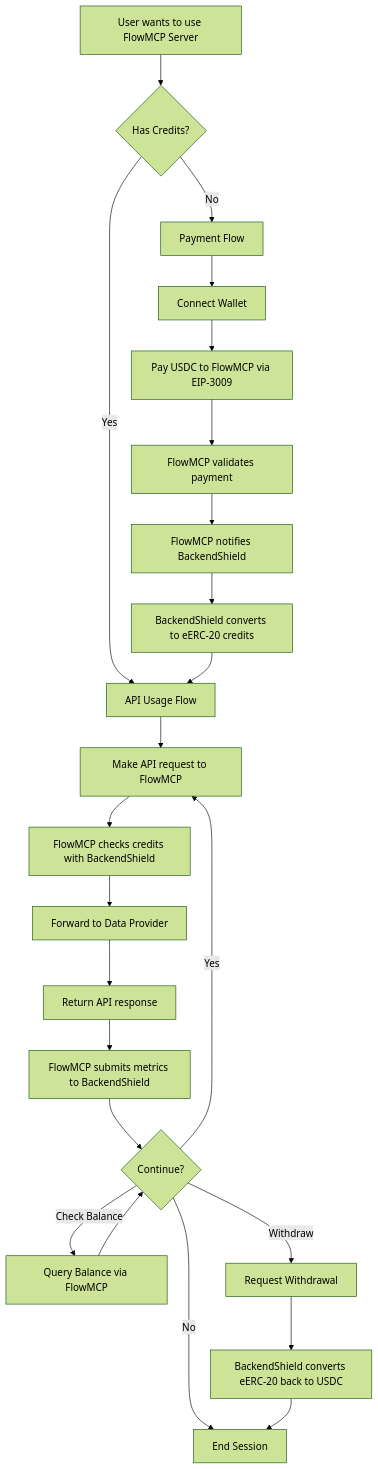
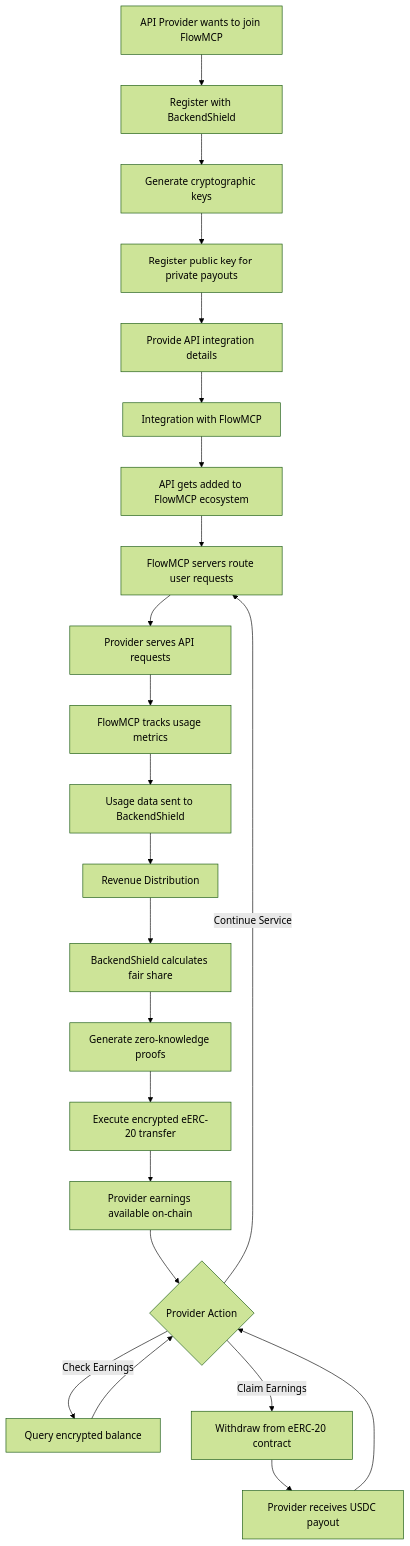
The first of 2 diagrams in about/USER_FLOW.md (a6b8/backendshield), drawn with Mermaid (forest theme) before and after one commit. The commit also changed other lines of this file and 38 other files, not shown here.

````diff
--- a/about/USER_FLOW.md
+++ b/about/USER_FLOW.md
@@ -9,30 +9,30 @@
 ```mermaid
 graph TD
-    A[User wants to use FlowMCP Server] --> B{Has Credits?}
+    A[API Provider wants to join FlowMCP] --> B[Register with BackendShield]
     
-    B -->|No| C[Payment Flow]
-    B -->|Yes| D[API Usage Flow]
+    B --> B1[Generate cryptographic keys]
+    B1 --> B2[Register public key for private payouts]
+    B2 --> B3[Provide API integration details]
+    B3 --> C[Integration with FlowMCP]
     
-    C --> C1[Connect Wallet]
-    C1 --> C2[Pay USDC to FlowMCP via EIP-3009]
-    C2 --> C3[FlowMCP validates payment]
-    C3 --> C4[FlowMCP notifies BackendShield]
-    C4 --> C5[BackendShield converts to eERC-20 credits]
-    C5 --> D
+    C --> C1[API gets added to FlowMCP ecosystem]
+    C1 --> C2[FlowMCP servers route user requests]
+    C2 --> C3[Provider serves API requests]
+    C3 --> C4[FlowMCP tracks usage metrics]
+    C4 --> C5[Usage data sent to BackendShield]
     
-    D --> D1[Make API request to FlowMCP]
-    D1 --> D2[FlowMCP checks credits with BackendShield]
-    D2 --> D3[Forward to Data Provider]
-    D3 --> D4[Return API response]
-    D4 --> D5[FlowMCP submits metrics to BackendShield]
-    D5 --> D6{Continue?}
+    C5 --> D[Revenue Distribution]
+    D --> D1[BackendShield calculates fair share]
+    D1 --> D2[Generate zero-knowledge proofs]
+    D2 --> D3[Execute encrypted eERC-20 transfer]
+    D3 --> D4[Provider earnings available on-chain]
     
-    D6 -->|Yes| D1
-    D6 -->|Check Balance| F[Query Balance via FlowMCP]
-    D6 -->|Withdraw| G[Request Withdrawal]
-    D6 -->|No| H[End Session]
+    D4 --> E{Provider Action}
+    E -->|Check Earnings| F[Query encrypted balance]
+    E -->|Claim Earnings| G[Withdraw from eERC-20 contract]
+    E -->|Continue Service| C2
     
-    F --> D6
-    G --> G1[BackendShield converts eERC-20 back to USDC]
-    G1 --> H
+    F --> E
+    G --> G1[Provider receives USDC payout]
+    G1 --> E
 ```
````
